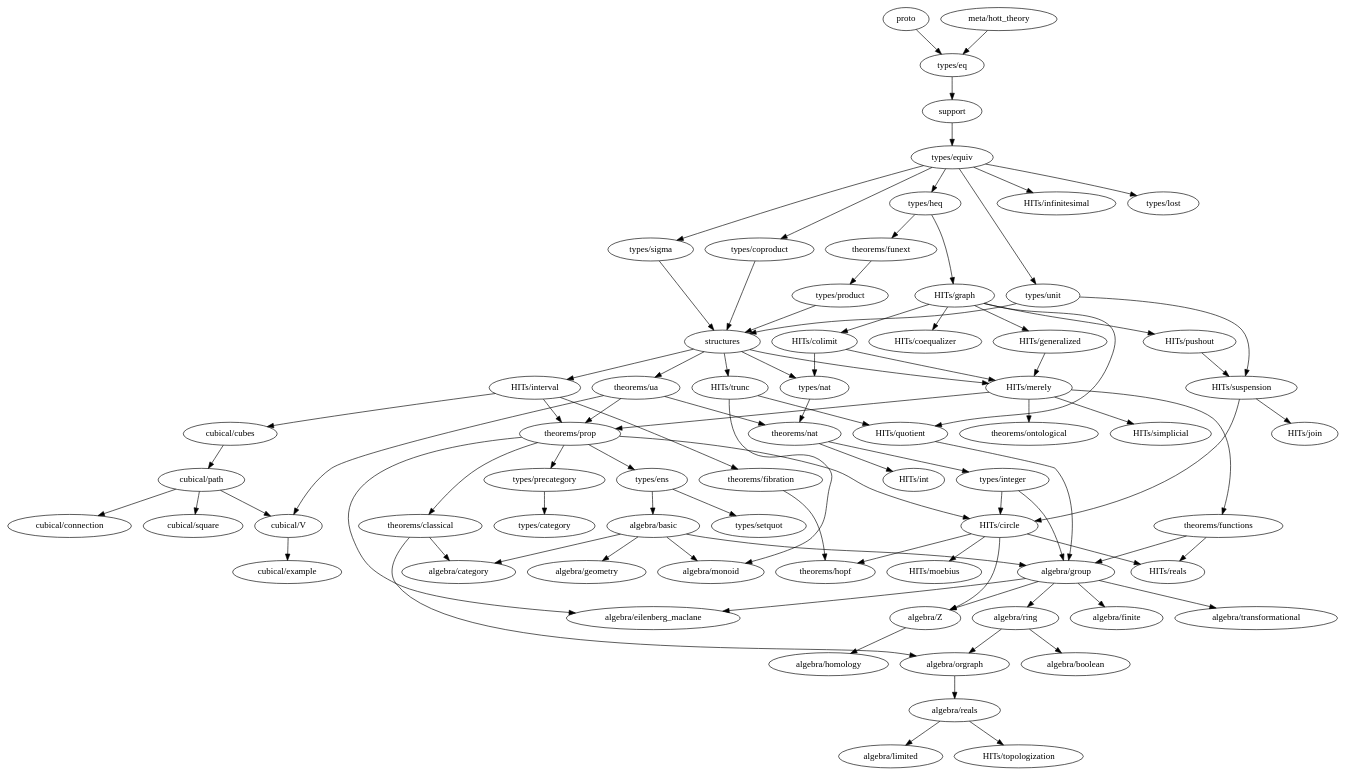
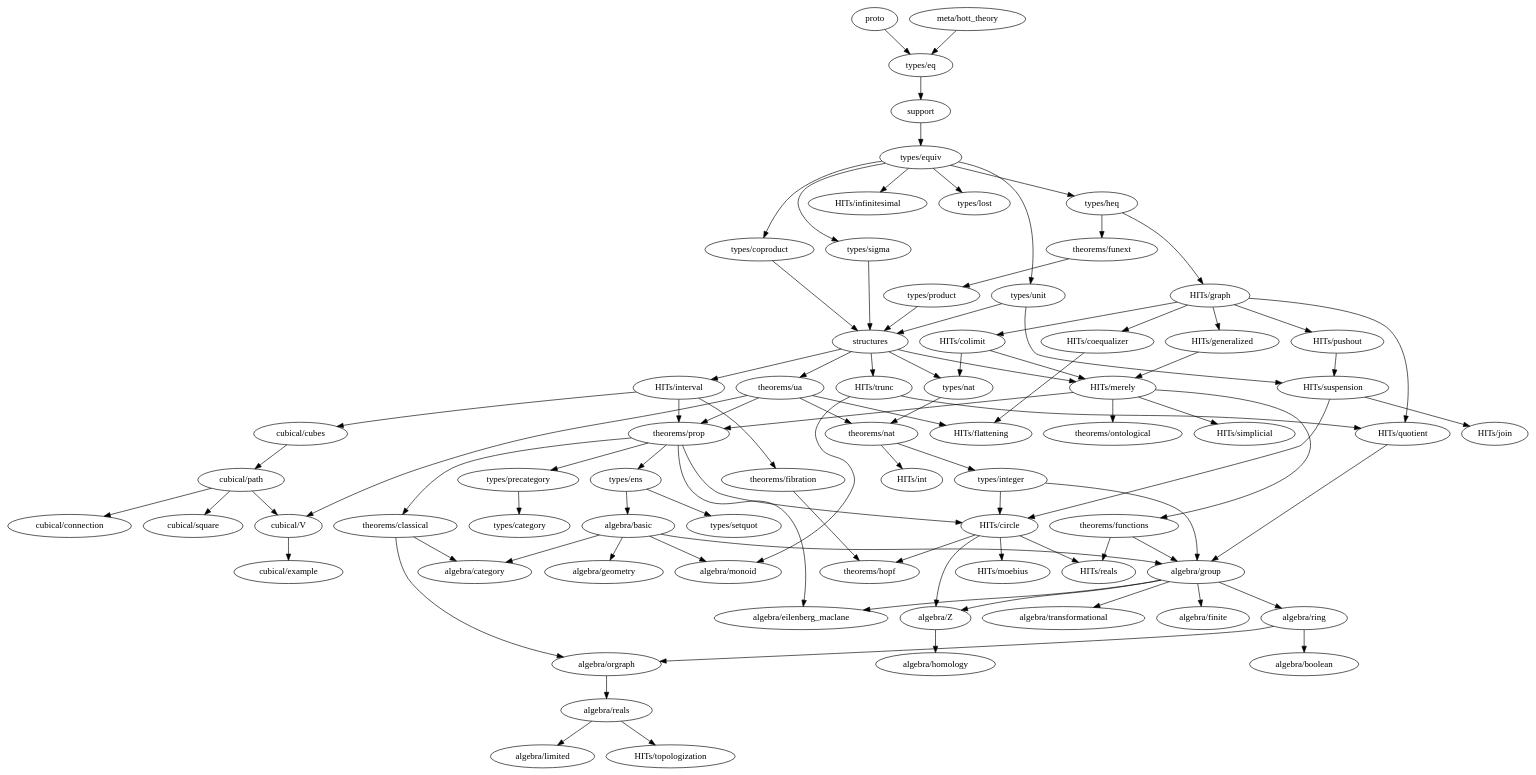
The diagram in dependency-map.gv (forked-from-1kasper/ground_zero), drawn with Graphviz before and after one commit. The commit also changed 3 other files, not shown here.

```diff
--- a/dependency-map.gv
+++ b/dependency-map.gv
@@ -1,142 +1,144 @@
 digraph dependency_map {
   proto -> "types/eq"
   "meta/hott_theory" -> "types/eq"
   support -> "types/equiv"
   structures -> {
     "HITs/interval",
     "HITs/merely",
     "HITs/trunc",
     "types/nat",
     "theorems/ua"
   }
 
   subgraph algebra {
     "algebra/basic" -> { "algebra/category", "algebra/monoid", "algebra/geometry", "algebra/group" }
     "algebra/boolean"
     "algebra/category"
     "algebra/eilenberg_maclane"
     "algebra/finite"
     "algebra/geometry"
     "algebra/group" -> {
       "algebra/eilenberg_maclane",
       "algebra/finite",
       "algebra/ring",
       "algebra/transformational",
       "algebra/Z"
     }
     "algebra/homology"
     "algebra/limited"
     "algebra/monoid"
     "algebra/orgraph" -> { "algebra/reals" }
     "algebra/reals" -> { "algebra/limited", "HITs/topologization" }
     "algebra/ring" -> { "algebra/boolean", "algebra/orgraph" }
     "algebra/transformational"
     "algebra/Z" -> { "algebra/homology" }
   }
 
   subgraph types {
     "types/category"
     "types/coproduct" -> { structures }
     "types/eq" -> { support }
     "types/ens" -> { "algebra/basic", "types/setquot" }
     "types/equiv" -> {
       "types/heq",
       "HITs/infinitesimal",
       "types/coproduct",
       "types/lost",
       "types/unit",
       "types/sigma"
     }
     "types/heq" -> {
       "HITs/graph", "theorems/funext"
     }
     "types/integer" -> {
       "algebra/group",
       "HITs/circle"
     }
     "types/lost"
     "types/nat" -> { "theorems/nat" }
     "types/precategory" -> { "types/category" }
     "types/product" -> { structures }
     "types/setquot"
     "types/sigma" -> { structures }
     "types/unit" -> { structures, "HITs/suspension" }
   }
 
   subgraph HITs {
     "HITs/circle" -> {
       "algebra/Z",
       "theorems/hopf",
       "HITs/moebius",
       "HITs/reals"
     }
-    "HITs/coequalizer"
+    "HITs/coequalizer" -> { "HITs/flattening" }
     "HITs/colimit" -> { "HITs/merely", "types/nat" }
+    "HITs/flattening"
     "HITs/generalized" -> "HITs/merely"
     "HITs/graph" -> {
       "HITs/coequalizer",
       "HITs/colimit",
       "HITs/generalized",
       "HITs/pushout",
       "HITs/quotient"
     }
     "HITs/infinitesimal"
     "HITs/interval" -> {
       "cubical/cubes",
       "theorems/prop",
       "theorems/fibration"
     }
     "HITs/join"
     "HITs/merely" -> {
       "theorems/ontological",
       "theorems/prop",
       "HITs/simplicial",
       "theorems/functions"
     }
     "HITs/moebius"
     "HITs/pushout" -> {
       "HITs/suspension"
     }
     "HITs/quotient" -> { "algebra/group" }
     "HITs/reals"
     "HITs/simplicial"
     "HITs/suspension" -> { "HITs/circle", "HITs/join" }
     "HITs/topologization"
     "HITs/trunc" -> { "algebra/monoid", "HITs/quotient" }
   }
 
   subgraph cubical {
     "cubical/connection"
     "cubical/cubes" -> "cubical/path"
     "cubical/example"
     "cubical/path" -> {
       "cubical/square",
       "cubical/V",
       "cubical/connection"
     }
     "cubical/square"
     "cubical/V" -> { "cubical/example" }
   }
 
   subgraph theorems {
     "theorems/classical" -> { "algebra/category", "algebra/orgraph" }
     "theorems/fibration" -> { "theorems/hopf" }
     "theorems/functions" -> { "HITs/reals", "algebra/group" }
     "theorems/funext" -> { "types/product" }
     "theorems/hopf"
     "theorems/ontological"
     "theorems/nat" -> { "HITs/int", "types/integer" }
     "theorems/prop" -> {
       "algebra/eilenberg_maclane",
       "HITs/circle",
       "types/ens",
       "types/precategory",
       "theorems/classical"
     }
     "theorems/ua" -> {
+      "HITs/flattening",
       "theorems/nat",
       "theorems/prop",
       "cubical/V"
     }
   }
 }
```
